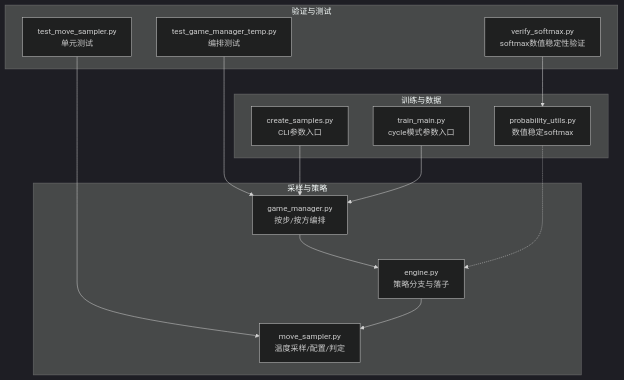
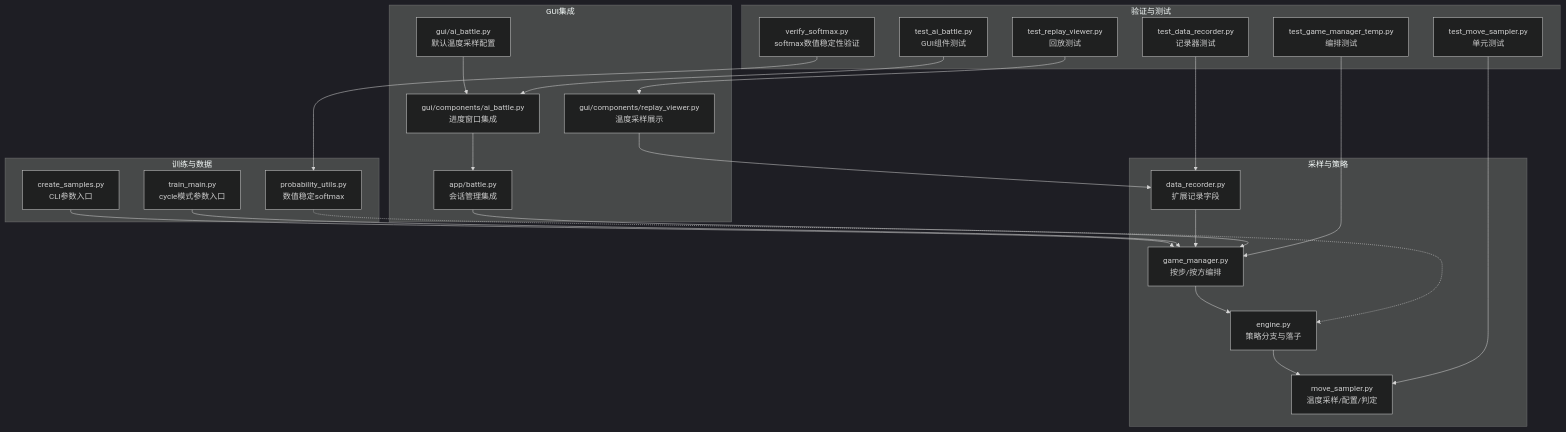
The first of 10 diagrams in .qoder/repowiki/zh/content/设计文档/训练算法设计/移动采样策略.md (nanhao/gomoku), drawn with Mermaid (dark theme) before and after one commit. The commit also changed other lines of this file and 11 other files, not shown here.

````diff
--- a/.qoder/repowiki/zh/content/设计文档/训练算法设计/移动采样策略.md
+++ b/.qoder/repowiki/zh/content/设计文档/训练算法设计/移动采样策略.md
@@ -41,26 +68,44 @@
 ```mermaid
 graph TB
 subgraph "采样与策略"
 MS["move_sampler.py<br/>温度采样/配置/判定"]
 ENG["engine.py<br/>策略分支与落子"]
 GM["game_manager.py<br/>按步/按方编排"]
+DR["data_recorder.py<br/>扩展记录字段"]
+end
+subgraph "GUI集成"
+GAB["gui/ai_battle.py<br/>默认温度采样配置"]
+ABW["gui/components/ai_battle.py<br/>进度窗口集成"]
+RV["gui/components/replay_viewer.py<br/>温度采样展示"]
+BS["app/battle.py<br/>会话管理集成"]
 end
 subgraph "训练与数据"
 CS["create_samples.py<br/>CLI参数入口"]
 TM["train_main.py<br/>cycle模式参数入口"]
 PU["probability_utils.py<br/>数值稳定softmax"]
 end
 subgraph "验证与测试"
 TMS["test_move_sampler.py<br/>单元测试"]
 TGMT["test_game_manager_temp.py<br/>编排测试"]
+TDR["test_data_recorder.py<br/>记录器测试"]
+TAB["test_ai_battle.py<br/>GUI组件测试"]
+TRV["test_replay_viewer.py<br/>回放测试"]
 VS["verify_softmax.py<br/>softmax数值稳定性验证"]
 end
 CS --> GM
 TM --> GM
 GM --> ENG
 ENG --> MS
+DR --> GM
+BS --> GM
+GAB --> ABW
+ABW --> BS
+RV --> DR
 PU -.-> ENG
 TMS --> MS
 TGMT --> GM
+TDR --> DR
+TAB --> ABW
+TRV --> RV
 VS --> PU
 ```
````
